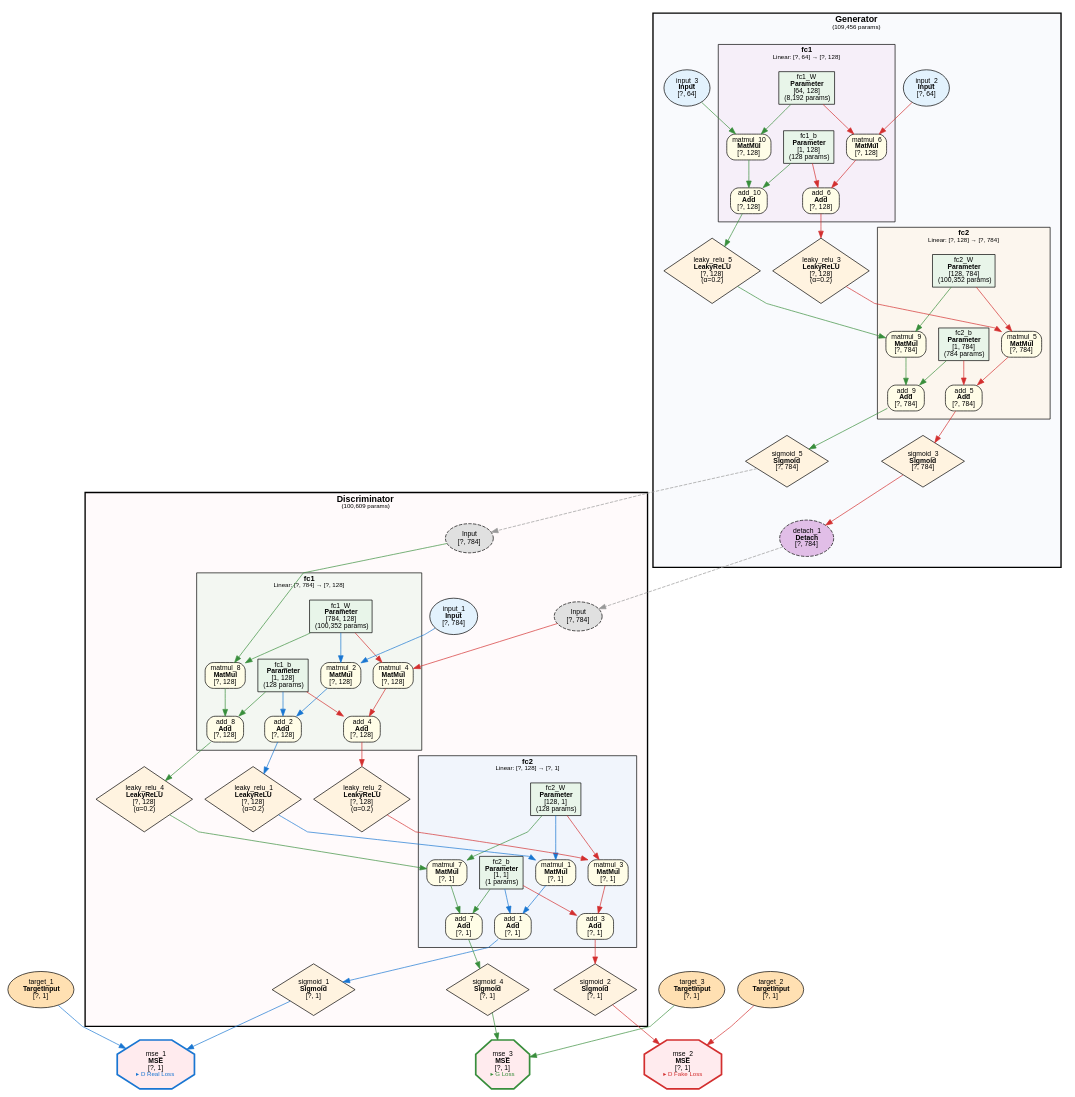
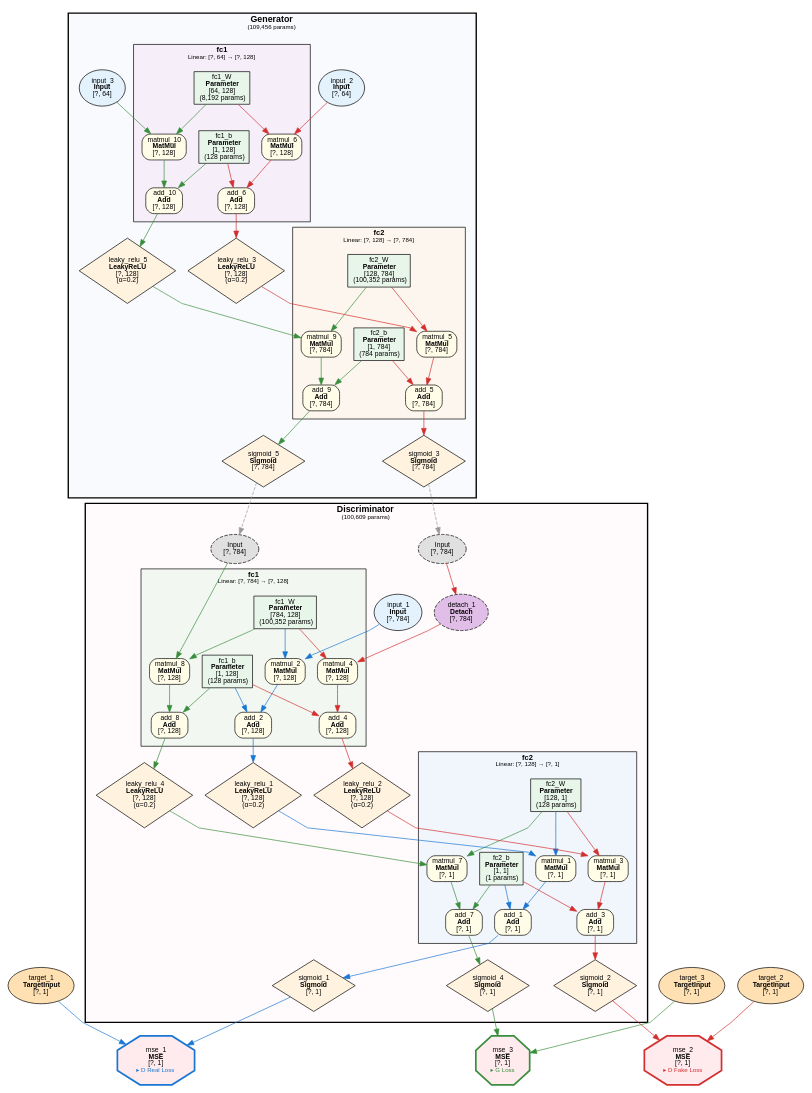
Before and after one commit to dbsxdbsx/only_torch: the diagram in examples/mnist_gan/mnist_gan.dot, drawn with Graphviz. The commit also changed 17 other files, not shown here.

```diff
--- a/examples/mnist_gan/mnist_gan.dot
+++ b/examples/mnist_gan/mnist_gan.dot
@@ -1,174 +1,174 @@
 digraph ComputeGraph {
     rankdir=TB;
     newrank=true;
     splines=polyline;
     node [fontname="Microsoft YaHei,SimHei,Arial"];
     edge [fontname="Microsoft YaHei,SimHei,Arial"];
 
     subgraph cluster_model_Discriminator {
         label=<<B>Discriminator</B><BR/><FONT POINT-SIZE="9">(100,609 params)</FONT>>;
         style="filled,bold";
         fillcolor="#FFEBEE40";
         fontname="Microsoft YaHei,SimHei,Arial";
         fontsize=13;
         margin=16;
 
         subgraph cluster_Discriminator_fc2 {
             label=<<B>fc2</B><BR/><FONT POINT-SIZE="9">Linear: [?, 128] → [?, 1]</FONT>>;
             style=filled;
             fillcolor="#E3F2FD80";
             fontname="Microsoft YaHei,SimHei,Arial";
             fontsize=11;
             margin=12;
                 "4" [label=<add_1<BR/><B>Add</B><BR/>[?, 1]> shape=box style="filled,rounded" fillcolor="#FFFDE7" fontsize=10];
                 "5" [label=<matmul_1<BR/><B>MatMul</B><BR/>[?, 1]> shape=box style="filled,rounded" fillcolor="#FFFDE7" fontsize=10];
                 "6" [label=<fc2_b<BR/><B>Parameter</B><BR/>[1, 1]<BR/>(1 params)> shape=box style=filled fillcolor="#E8F5E9" fontsize=10];
                 "8" [label=<fc2_W<BR/><B>Parameter</B><BR/>[128, 1]<BR/>(128 params)> shape=box style=filled fillcolor="#E8F5E9" fontsize=10];
                 "17" [label=<add_3<BR/><B>Add</B><BR/>[?, 1]> shape=box style="filled,rounded" fillcolor="#FFFDE7" fontsize=10];
                 "18" [label=<matmul_3<BR/><B>MatMul</B><BR/>[?, 1]> shape=box style="filled,rounded" fillcolor="#FFFDE7" fontsize=10];
                 "37" [label=<add_7<BR/><B>Add</B><BR/>[?, 1]> shape=box style="filled,rounded" fillcolor="#FFFDE7" fontsize=10];
                 "38" [label=<matmul_7<BR/><B>MatMul</B><BR/>[?, 1]> shape=box style="filled,rounded" fillcolor="#FFFDE7" fontsize=10];
         }
 
         subgraph cluster_Discriminator_fc1 {
             label=<<B>fc1</B><BR/><FONT POINT-SIZE="9">Linear: [?, 784] → [?, 128]</FONT>>;
             style=filled;
             fillcolor="#E8F5E980";
             fontname="Microsoft YaHei,SimHei,Arial";
             fontsize=11;
             margin=12;
                 "9" [label=<add_2<BR/><B>Add</B><BR/>[?, 128]> shape=box style="filled,rounded" fillcolor="#FFFDE7" fontsize=10];
                 "10" [label=<matmul_2<BR/><B>MatMul</B><BR/>[?, 128]> shape=box style="filled,rounded" fillcolor="#FFFDE7" fontsize=10];
                 "11" [label=<fc1_b<BR/><B>Parameter</B><BR/>[1, 128]<BR/>(128 params)> shape=box style=filled fillcolor="#E8F5E9" fontsize=10];
                 "13" [label=<fc1_W<BR/><B>Parameter</B><BR/>[784, 128]<BR/>(100,352 params)> shape=box style=filled fillcolor="#E8F5E9" fontsize=10];
                 "20" [label=<add_4<BR/><B>Add</B><BR/>[?, 128]> shape=box style="filled,rounded" fillcolor="#FFFDE7" fontsize=10];
                 "21" [label=<matmul_4<BR/><B>MatMul</B><BR/>[?, 128]> shape=box style="filled,rounded" fillcolor="#FFFDE7" fontsize=10];
                 "40" [label=<add_8<BR/><B>Add</B><BR/>[?, 128]> shape=box style="filled,rounded" fillcolor="#FFFDE7" fontsize=10];
                 "41" [label=<matmul_8<BR/><B>MatMul</B><BR/>[?, 128]> shape=box style="filled,rounded" fillcolor="#FFFDE7" fontsize=10];
         }
 
         "2" [label=<sigmoid_1<BR/><B>Sigmoid</B><BR/>[?, 1]> shape=diamond style=filled fillcolor="#FFF3E0" fontsize=10];
         "7" [label=<leaky_relu_1<BR/><B>LeakyReLU</B><BR/>[?, 128]<BR/>(α=0.2)> shape=diamond style=filled fillcolor="#FFF3E0" fontsize=10];
         "12" [label=<input_1<BR/><B>Input</B><BR/>[?, 784]> shape=ellipse style=filled fillcolor="#E3F2FD" fontsize=10];
         "15" [label=<sigmoid_2<BR/><B>Sigmoid</B><BR/>[?, 1]> shape=diamond style=filled fillcolor="#FFF3E0" fontsize=10];
         "19" [label=<leaky_relu_2<BR/><B>LeakyReLU</B><BR/>[?, 128]<BR/>(α=0.2)> shape=diamond style=filled fillcolor="#FFF3E0" fontsize=10];
+        "22" [label=<detach_1<BR/><B>Detach</B><BR/>[?, 784]> shape=ellipse style="filled,dashed" fillcolor="#E1BEE7" fontsize=10];
         "35" [label=<sigmoid_4<BR/><B>Sigmoid</B><BR/>[?, 1]> shape=diamond style=filled fillcolor="#FFF3E0" fontsize=10];
         "39" [label=<leaky_relu_4<BR/><B>LeakyReLU</B><BR/>[?, 128]<BR/>(α=0.2)> shape=diamond style=filled fillcolor="#FFF3E0" fontsize=10];
-        "virt_22_Discriminator" [label=<Input<BR/>[?, 784]> shape=ellipse style="filled,dashed" fillcolor="#E0E0E0" fontsize=10];
+        "virt_23_Discriminator" [label=<Input<BR/>[?, 784]> shape=ellipse style="filled,dashed" fillcolor="#E0E0E0" fontsize=10];
         "virt_42_Discriminator" [label=<Input<BR/>[?, 784]> shape=ellipse style="filled,dashed" fillcolor="#E0E0E0" fontsize=10];
     }
 
     subgraph cluster_model_Generator {
         label=<<B>Generator</B><BR/><FONT POINT-SIZE="9">(109,456 params)</FONT>>;
         style="filled,bold";
         fillcolor="#E8EAF640";
         fontname="Microsoft YaHei,SimHei,Arial";
         fontsize=13;
         margin=16;
 
         subgraph cluster_Generator_fc2 {
             label=<<B>fc2</B><BR/><FONT POINT-SIZE="9">Linear: [?, 128] → [?, 784]</FONT>>;
             style=filled;
             fillcolor="#FFF3E080";
             fontname="Microsoft YaHei,SimHei,Arial";
             fontsize=11;
             margin=12;
                 "24" [label=<add_5<BR/><B>Add</B><BR/>[?, 784]> shape=box style="filled,rounded" fillcolor="#FFFDE7" fontsize=10];
                 "25" [label=<matmul_5<BR/><B>MatMul</B><BR/>[?, 784]> shape=box style="filled,rounded" fillcolor="#FFFDE7" fontsize=10];
                 "26" [label=<fc2_b<BR/><B>Parameter</B><BR/>[1, 784]<BR/>(784 params)> shape=box style=filled fillcolor="#E8F5E9" fontsize=10];
                 "28" [label=<fc2_W<BR/><B>Parameter</B><BR/>[128, 784]<BR/>(100,352 params)> shape=box style=filled fillcolor="#E8F5E9" fontsize=10];
                 "43" [label=<add_9<BR/><B>Add</B><BR/>[?, 784]> shape=box style="filled,rounded" fillcolor="#FFFDE7" fontsize=10];
                 "44" [label=<matmul_9<BR/><B>MatMul</B><BR/>[?, 784]> shape=box style="filled,rounded" fillcolor="#FFFDE7" fontsize=10];
         }
 
         subgraph cluster_Generator_fc1 {
             label=<<B>fc1</B><BR/><FONT POINT-SIZE="9">Linear: [?, 64] → [?, 128]</FONT>>;
             style=filled;
             fillcolor="#F3E5F580";
             fontname="Microsoft YaHei,SimHei,Arial";
             fontsize=11;
             margin=12;
                 "29" [label=<add_6<BR/><B>Add</B><BR/>[?, 128]> shape=box style="filled,rounded" fillcolor="#FFFDE7" fontsize=10];
                 "30" [label=<matmul_6<BR/><B>MatMul</B><BR/>[?, 128]> shape=box style="filled,rounded" fillcolor="#FFFDE7" fontsize=10];
                 "31" [label=<fc1_b<BR/><B>Parameter</B><BR/>[1, 128]<BR/>(128 params)> shape=box style=filled fillcolor="#E8F5E9" fontsize=10];
                 "33" [label=<fc1_W<BR/><B>Parameter</B><BR/>[64, 128]<BR/>(8,192 params)> shape=box style=filled fillcolor="#E8F5E9" fontsize=10];
                 "46" [label=<add_10<BR/><B>Add</B><BR/>[?, 128]> shape=box style="filled,rounded" fillcolor="#FFFDE7" fontsize=10];
                 "47" [label=<matmul_10<BR/><B>MatMul</B><BR/>[?, 128]> shape=box style="filled,rounded" fillcolor="#FFFDE7" fontsize=10];
         }
 
-        "22" [label=<detach_1<BR/><B>Detach</B><BR/>[?, 784]> shape=ellipse style="filled,dashed" fillcolor="#E1BEE7" fontsize=10];
         "23" [label=<sigmoid_3<BR/><B>Sigmoid</B><BR/>[?, 784]> shape=diamond style=filled fillcolor="#FFF3E0" fontsize=10];
         "27" [label=<leaky_relu_3<BR/><B>LeakyReLU</B><BR/>[?, 128]<BR/>(α=0.2)> shape=diamond style=filled fillcolor="#FFF3E0" fontsize=10];
         "32" [label=<input_2<BR/><B>Input</B><BR/>[?, 64]> shape=ellipse style=filled fillcolor="#E3F2FD" fontsize=10];
         "42" [label=<sigmoid_5<BR/><B>Sigmoid</B><BR/>[?, 784]> shape=diamond style=filled fillcolor="#FFF3E0" fontsize=10];
         "45" [label=<leaky_relu_5<BR/><B>LeakyReLU</B><BR/>[?, 128]<BR/>(α=0.2)> shape=diamond style=filled fillcolor="#FFF3E0" fontsize=10];
         "48" [label=<input_3<BR/><B>Input</B><BR/>[?, 64]> shape=ellipse style=filled fillcolor="#E3F2FD" fontsize=10];
     }
 
     "1" [label=<mse_1<BR/><B>MSE</B><BR/>[?, 1]<BR/><FONT COLOR="#1976D2" POINT-SIZE="9">▸ D Real Loss</FONT>> shape=octagon style=filled fillcolor="#FFEBEE" fontsize=10 penwidth=2.5 color="#1976D2"];
     "3" [label=<target_1<BR/><B>TargetInput</B><BR/>[?, 1]> shape=ellipse style=filled fillcolor="#FFE0B2" fontsize=10];
     "14" [label=<mse_2<BR/><B>MSE</B><BR/>[?, 1]<BR/><FONT COLOR="#D32F2F" POINT-SIZE="9">▸ D Fake Loss</FONT>> shape=octagon style=filled fillcolor="#FFEBEE" fontsize=10 penwidth=2.5 color="#D32F2F"];
     "16" [label=<target_2<BR/><B>TargetInput</B><BR/>[?, 1]> shape=ellipse style=filled fillcolor="#FFE0B2" fontsize=10];
     "34" [label=<mse_3<BR/><B>MSE</B><BR/>[?, 1]<BR/><FONT COLOR="#388E3C" POINT-SIZE="9">▸ G Loss</FONT>> shape=octagon style=filled fillcolor="#FFEBEE" fontsize=10 penwidth=2.5 color="#388E3C"];
     "36" [label=<target_3<BR/><B>TargetInput</B><BR/>[?, 1]> shape=ellipse style=filled fillcolor="#FFE0B2" fontsize=10];
 
     "2" -> "1" [color="#1976D2"];
     "3" -> "1" [color="#1976D2"];
     "4" -> "2" [color="#1976D2"];
     "5" -> "4" [color="#1976D2"];
     "6" -> "4" [color="#1976D2"];
     "7" -> "5" [color="#1976D2"];
     "8" -> "5" [color="#1976D2"];
     "9" -> "7" [color="#1976D2"];
     "10" -> "9" [color="#1976D2"];
     "11" -> "9" [color="#1976D2"];
     "12" -> "10" [color="#1976D2"];
     "13" -> "10" [color="#1976D2"];
     "15" -> "14" [color="#D32F2F"];
     "16" -> "14" [color="#D32F2F"];
     "17" -> "15" [color="#D32F2F"];
     "18" -> "17" [color="#D32F2F"];
     "6" -> "17" [color="#D32F2F"];
     "19" -> "18" [color="#D32F2F"];
     "8" -> "18" [color="#D32F2F"];
     "20" -> "19" [color="#D32F2F"];
     "21" -> "20" [color="#D32F2F"];
     "11" -> "20" [color="#D32F2F"];
-    "22" -> "virt_22_Discriminator" [style=dashed color="#999999"];
-    "virt_22_Discriminator" -> "21" [color="#D32F2F"];
+    "22" -> "21" [color="#D32F2F"];
     "13" -> "21" [color="#D32F2F"];
-    "23" -> "22" [color="#D32F2F"];
+    "23" -> "virt_23_Discriminator" [style=dashed color="#999999"];
+    "virt_23_Discriminator" -> "22" [color="#D32F2F"];
     "24" -> "23" [color="#D32F2F"];
     "25" -> "24" [color="#D32F2F"];
     "26" -> "24" [color="#D32F2F"];
     "27" -> "25" [color="#D32F2F"];
     "28" -> "25" [color="#D32F2F"];
     "29" -> "27" [color="#D32F2F"];
     "30" -> "29" [color="#D32F2F"];
     "31" -> "29" [color="#D32F2F"];
     "32" -> "30" [color="#D32F2F"];
     "33" -> "30" [color="#D32F2F"];
     "35" -> "34" [color="#388E3C"];
     "36" -> "34" [color="#388E3C"];
     "37" -> "35" [color="#388E3C"];
     "38" -> "37" [color="#388E3C"];
     "6" -> "37" [color="#388E3C"];
     "39" -> "38" [color="#388E3C"];
     "8" -> "38" [color="#388E3C"];
     "40" -> "39" [color="#388E3C"];
     "41" -> "40" [color="#388E3C"];
     "11" -> "40" [color="#388E3C"];
     "42" -> "virt_42_Discriminator" [style=dashed color="#999999"];
     "virt_42_Discriminator" -> "41" [color="#388E3C"];
     "13" -> "41" [color="#388E3C"];
     "43" -> "42" [color="#388E3C"];
     "44" -> "43" [color="#388E3C"];
     "26" -> "43" [color="#388E3C"];
     "45" -> "44" [color="#388E3C"];
     "28" -> "44" [color="#388E3C"];
     "46" -> "45" [color="#388E3C"];
     "47" -> "46" [color="#388E3C"];
     "31" -> "46" [color="#388E3C"];
     "48" -> "47" [color="#388E3C"];
     "33" -> "47" [color="#388E3C"];
 }
```
